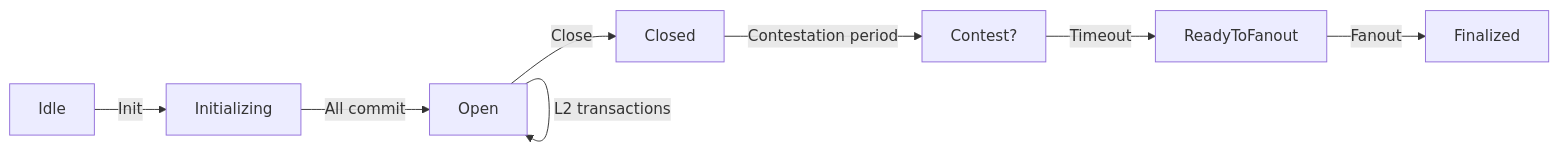
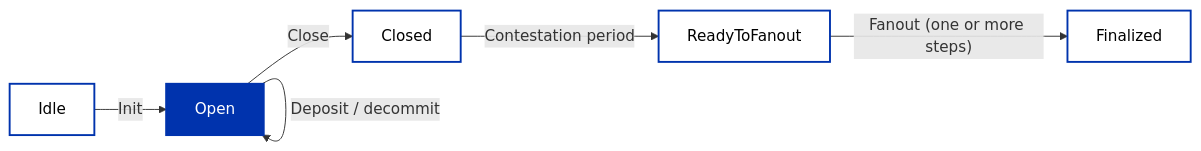
Before and after one commit to cardano-foundation/developer-portal: the diagram in docs/developers/curriculum/production/hydra.md, drawn with Mermaid. The commit also changed other lines of this file and 2 other files, not shown here.

````diff
--- a/docs/developers/curriculum/production/hydra.md
+++ b/docs/developers/curriculum/production/hydra.md
@@ -29,10 +37,15 @@
 ```mermaid
 graph LR
-    A[Idle] -->|Init| B[Initializing]
-    B -->|All commit| C[Open]
-    C -->|L2 transactions| C
-    C -->|Close| D[Closed]
-    D -->|Contestation period| E[Contest?]
-    E -->|Timeout| F[ReadyToFanout]
-    F -->|Fanout| G[Finalized]
+    A[Idle] -->|Init| B[Open]
+    B -->|L2 transactions| B
+    B -->|Deposit / decommit| B
+    B -->|Close| C[Closed]
+    C -->|Contestation period| D[ReadyToFanout]
+    D -->|"Fanout (one or more steps)"| E[Finalized]
+
+    style B fill:#0033AD,stroke:#0033AD,stroke-width:2px,color:#FFFFFF
+    style A fill:#FFFFFF,stroke:#0033AD,stroke-width:2px,color:#000000
+    style C fill:#FFFFFF,stroke:#0033AD,stroke-width:2px,color:#000000
+    style D fill:#FFFFFF,stroke:#0033AD,stroke-width:2px,color:#000000
+    style E fill:#FFFFFF,stroke:#0033AD,stroke-width:2px,color:#000000
 ```
````
